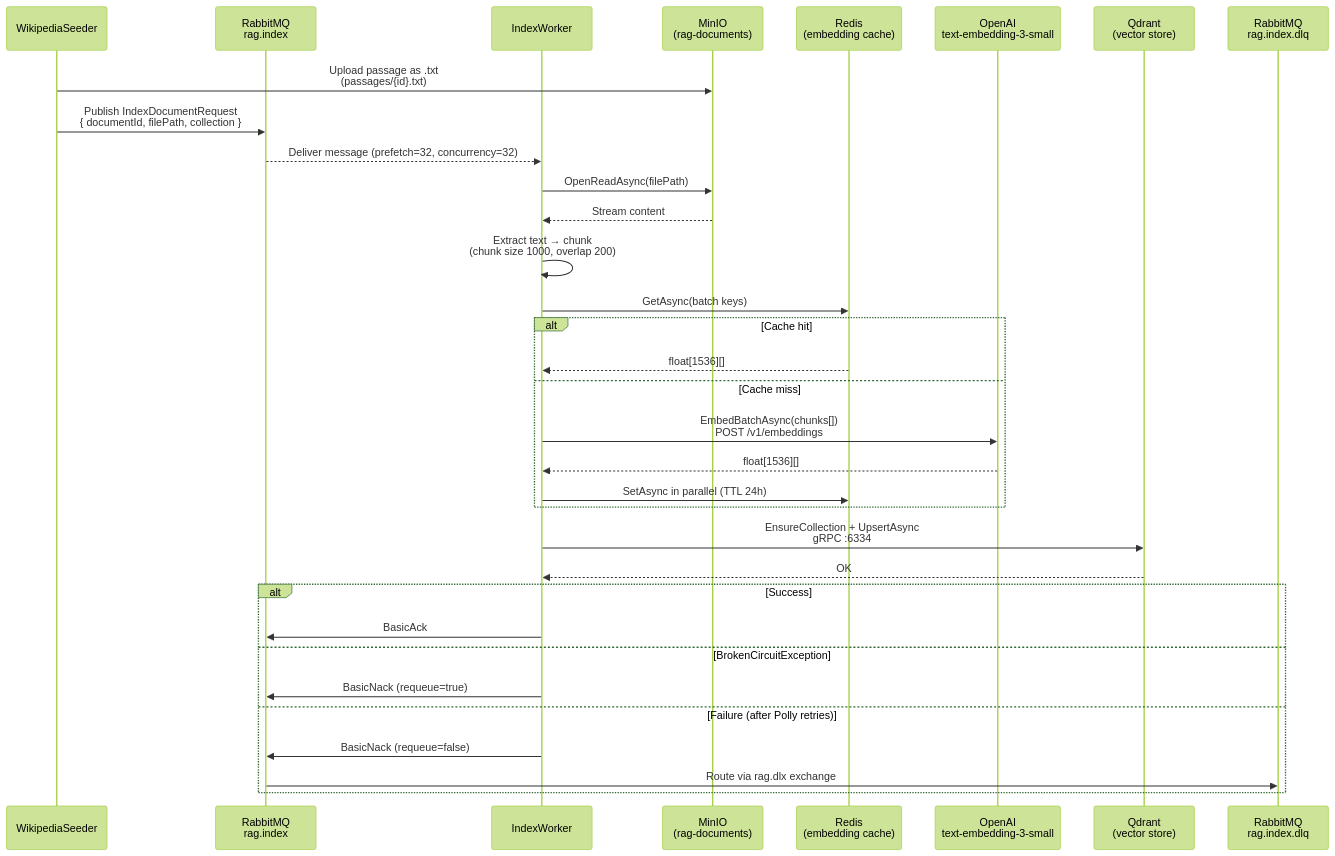
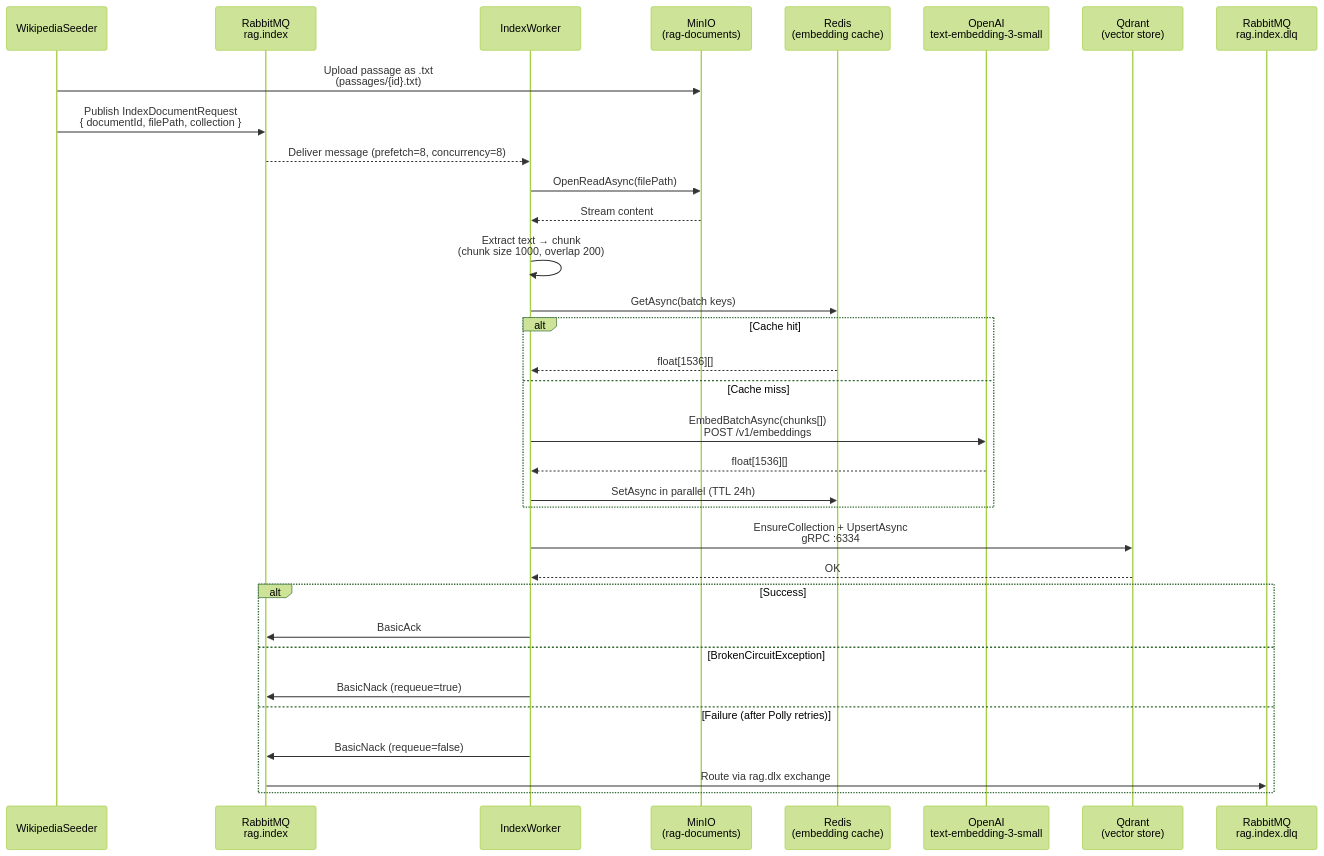
One commit to mustafagoktugibolar/RagService changed the first of 3 diagrams in README.md. Above: the diagram before and after it, drawn with Mermaid (forest theme). The commit also changed other lines of this file, not shown here.

````diff
--- a/README.md
+++ b/README.md
@@ -9,42 +9,42 @@
 ```mermaid
 sequenceDiagram
     participant S as WikipediaSeeder
     participant MQ as RabbitMQ<br/>rag.index
     participant IW as IndexWorker
     participant MS as MinIO<br/>(rag-documents)
     participant RD as Redis<br/>(embedding cache)
     participant OAI as OpenAI<br/>text-embedding-3-small
     participant QD as Qdrant<br/>(vector store)
     participant DLQ as RabbitMQ<br/>rag.index.dlq
 
     S->>MS: Upload passage as .txt<br/>(passages/{id}.txt)
     S->>MQ: Publish IndexDocumentRequest<br/>{ documentId, filePath, collection }
 
-    MQ-->>IW: Deliver message (prefetch=32, concurrency=32)
+    MQ-->>IW: Deliver message (prefetch=8, concurrency=8)
 
     IW->>MS: OpenReadAsync(filePath)
     MS-->>IW: Stream content
 
     IW->>IW: Extract text → chunk<br/>(chunk size 1000, overlap 200)
 
     IW->>RD: GetAsync(batch keys)
     alt Cache hit
         RD-->>IW: float[1536][]
     else Cache miss
         IW->>OAI: EmbedBatchAsync(chunks[])<br/>POST /v1/embeddings
         OAI-->>IW: float[1536][]
         IW->>RD: SetAsync in parallel (TTL 24h)
     end
 
     IW->>QD: EnsureCollection + UpsertAsync<br/>gRPC :6334
     QD-->>IW: OK
 
     alt Success
         IW->>MQ: BasicAck
     else BrokenCircuitException
         IW->>MQ: BasicNack (requeue=true)
     else Failure (after Polly retries)
         IW->>MQ: BasicNack (requeue=false)
         MQ->>DLQ: Route via rag.dlx exchange
     end
 ```
````
